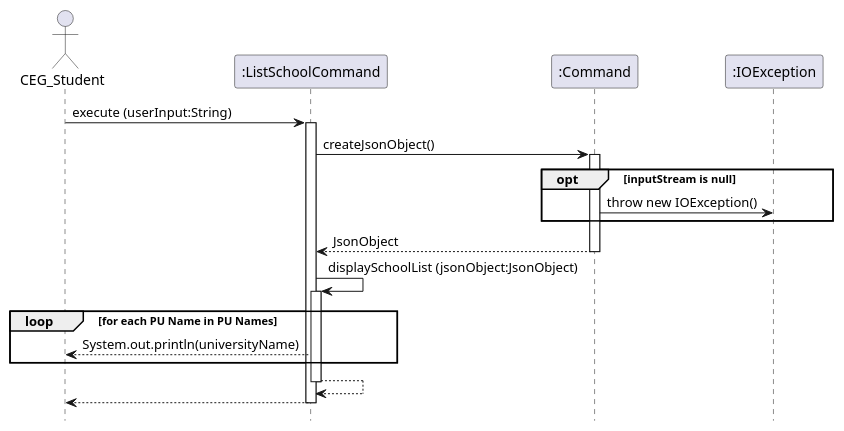
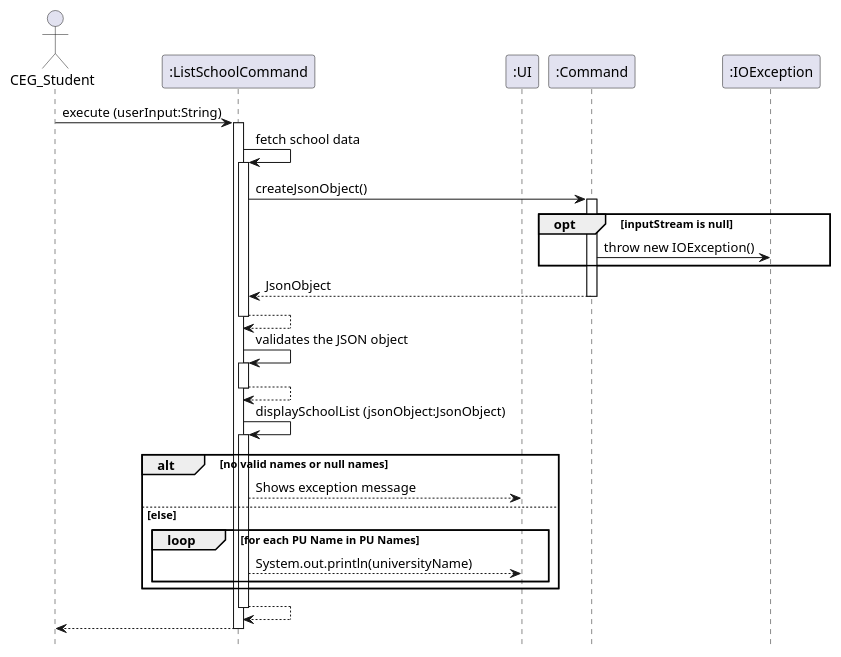
Before and after one commit to nus-cs2113-AY2425S1/tp: the diagram in docs/diagrams/ListSchoolsCommand.puml, drawn with PlantUML. The commit also changed 2 other files, not shown here.

Commit message:
Fix list schools

```diff
--- a/docs/diagrams/ListSchoolsCommand.puml
+++ b/docs/diagrams/ListSchoolsCommand.puml
@@ -1,35 +1,51 @@
 @startuml
 
 hide footbox
 
 actor CEG_Student
 participant ":ListSchoolCommand" as ListSchoolCommand
+participant ":UI" as UI
 participant ":Command" as Command
 participant ":IOException" as IOException
 
 CEG_Student -> ListSchoolCommand: execute (userInput:String)
+activate ListSchoolCommand
+
+ListSchoolCommand -> ListSchoolCommand: fetch school data
 activate ListSchoolCommand
 
 ListSchoolCommand -> Command: createJsonObject()
 activate Command
 
 opt inputStream is null
     Command -> IOException: throw new IOException()
 end
 
 Command --> ListSchoolCommand: JsonObject
 deactivate Command
 
+ListSchoolCommand --> ListSchoolCommand
+deactivate ListSchoolCommand
+
+ListSchoolCommand -> ListSchoolCommand: validates the JSON object
+activate ListSchoolCommand
+ListSchoolCommand --> ListSchoolCommand
+deactivate ListSchoolCommand
+
 ListSchoolCommand -> ListSchoolCommand: displaySchoolList (jsonObject:JsonObject)
 activate ListSchoolCommand
 
-loop for each PU Name in PU Names
-    ListSchoolCommand --> CEG_Student: System.out.println(universityName)
+alt no valid names or null names
+    ListSchoolCommand --> UI: Shows exception message
+else else
+    loop for each PU Name in PU Names
+        ListSchoolCommand --> UI: System.out.println(universityName)
+    end
 end
 
 ListSchoolCommand --> ListSchoolCommand
 deactivate ListSchoolCommand
 
 ListSchoolCommand --> CEG_Student
 deactivate ListSchoolCommand
 @enduml
```
